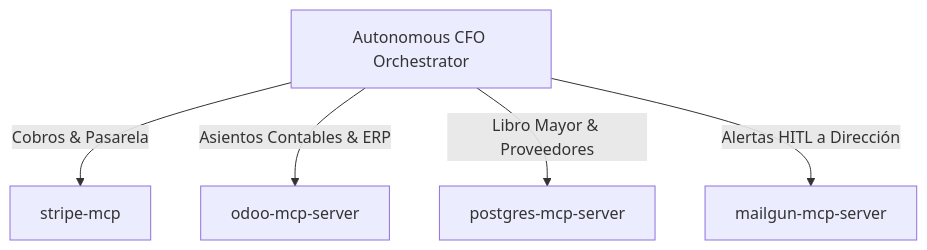
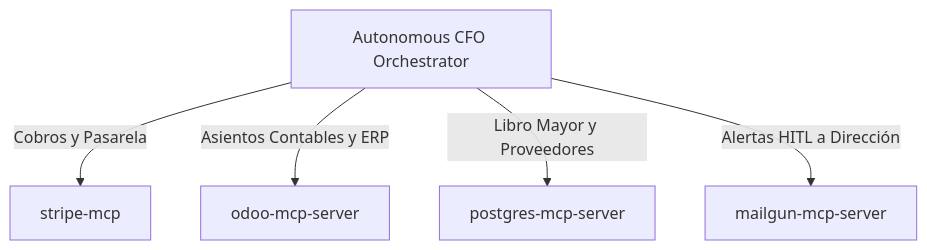
Before and after one commit to Tardigrado-76/Capgemini: the diagram in CFO Director Financiero Autónomo para PYMEs PoC Purgatory/MCP_INTEGRATION.md, drawn with Mermaid. The commit also changed 11 other files, not shown here.

Commit message:
fix(docs): sanitize Mermaid diagram edge labels across all projects to ensure 100% GitHub rendering

````diff
--- a/CFO Director Financiero Autónomo para PYMEs PoC Purgatory/MCP_INTEGRATION.md
+++ b/CFO Director Financiero Autónomo para PYMEs PoC Purgatory/MCP_INTEGRATION.md
@@ -60,7 +60,7 @@
 ```mermaid
 graph TD
-    CFO["Autonomous CFO Orchestrator"] -->|Cobros & Pasarela| STRIPE["stripe-mcp"]
-    CFO -->|Asientos Contables & ERP| ODOO["odoo-mcp-server"]
-    CFO -->|Libro Mayor & Proveedores| PG["postgres-mcp-server"]
+    CFO["Autonomous CFO Orchestrator"] -->|Cobros y Pasarela| STRIPE["stripe-mcp"]
+    CFO -->|Asientos Contables y ERP| ODOO["odoo-mcp-server"]
+    CFO -->|Libro Mayor y Proveedores| PG["postgres-mcp-server"]
     CFO -->|Alertas HITL a Dirección| MG["mailgun-mcp-server"]
 ```
````
